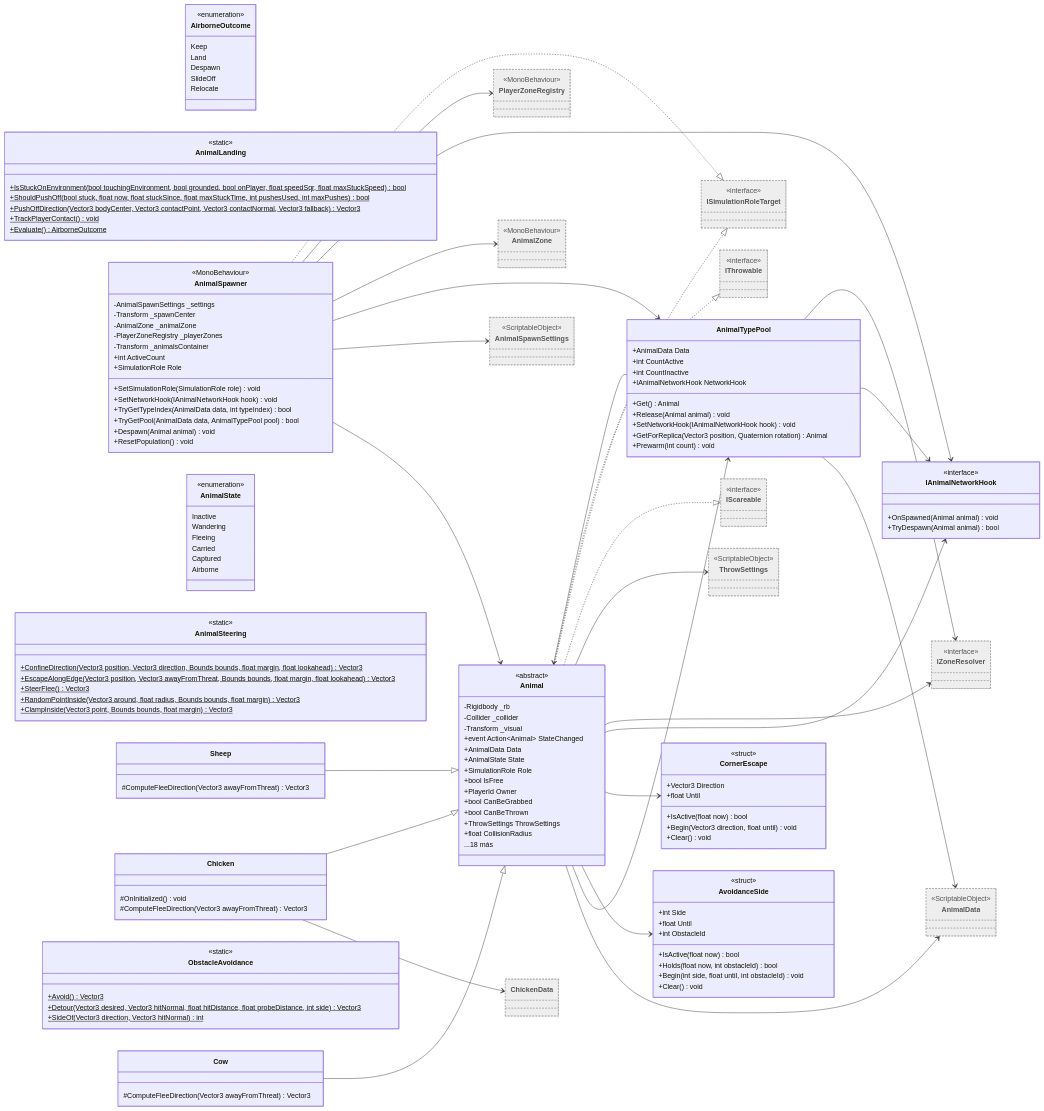
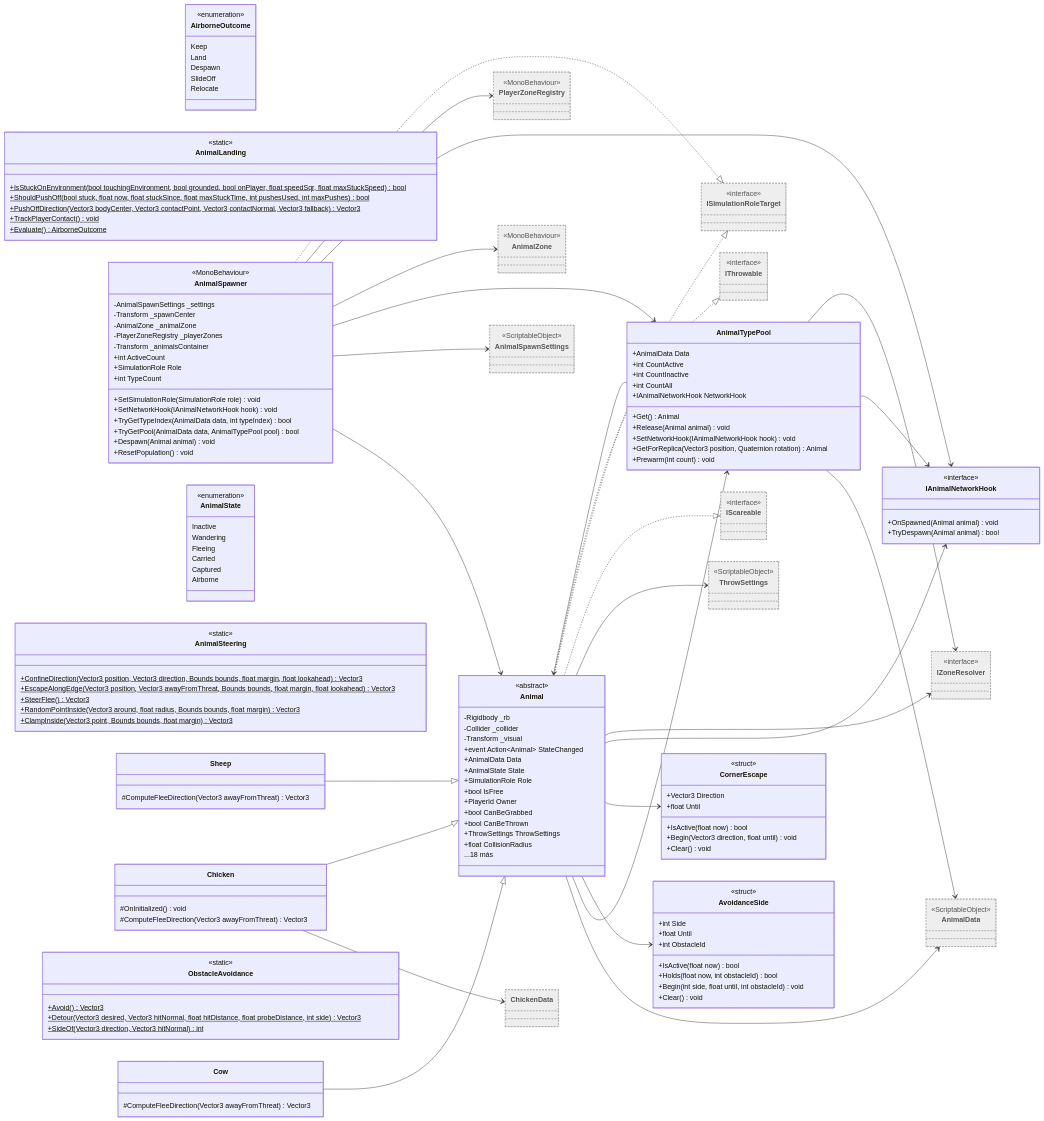
One commit to Chacashi/Alien-Farms changed the diagram in Docs/Arquitectura/Modulos/Modulo Animals.md. Above: the diagram before and after it, drawn with Mermaid. The commit also changed 257 other files, not shown here.

```diff
--- a/Docs/Arquitectura/Modulos/Modulo Animals.md
+++ b/Docs/Arquitectura/Modulos/Modulo Animals.md
@@ -53,6 +53,7 @@
     -Transform _animalsContainer
     +int ActiveCount
     +SimulationRole Role
+    +int TypeCount
     +SetSimulationRole(SimulationRole role) void
     +SetNetworkHook(IAnimalNetworkHook hook) void
     +TryGetTypeIndex(AnimalData data, int typeIndex) bool
@@ -81,6 +82,7 @@
     +AnimalData Data
     +int CountActive
     +int CountInactive
+    +int CountAll
     +IAnimalNetworkHook NetworkHook
     +Get() Animal
     +Release(Animal animal) void
```
